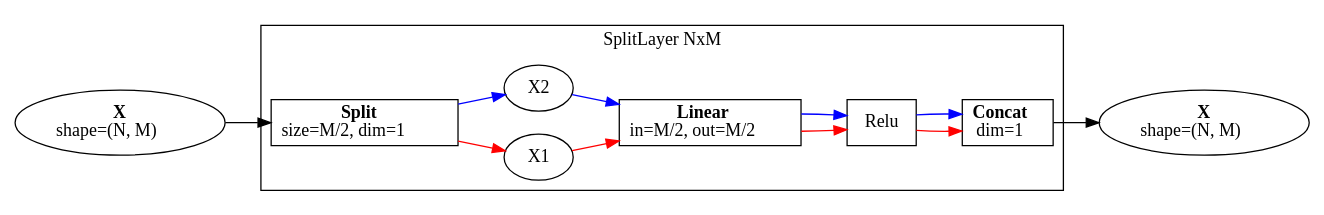
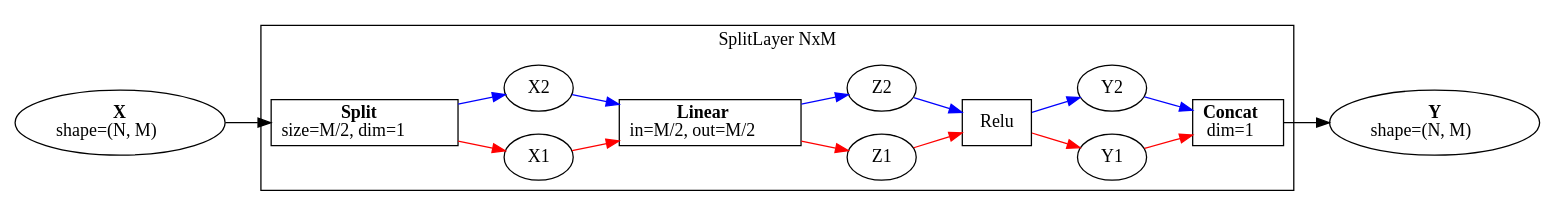
Before and after one commit to tglanz/bsc: the diagram in 2024b-22961/mmn14/SplitLayer.dot, drawn with Graphviz. The commit also changed 2 other files, not shown here.

```diff
--- a/2024b-22961/mmn14/SplitLayer.dot
+++ b/2024b-22961/mmn14/SplitLayer.dot
@@ -1,35 +1,32 @@
 digraph G {
 
     rankdir=LR;
 
     X [label=<<b>X</b><br/>shape=(N, M)>];
-    Y [label=<<b>X</b><br/>shape=(N, M)>];
+    Y [label=<<b>Y</b><br/>shape=(N, M)>];
 
     subgraph cluster_1 {
         label = "SplitLayer NxM"
 
         Split [label=<<b>Split</b><br/> size=M/2, dim=1>, shape=box];
         X1;
         X2;
 
+        Z1;
+        Z2;
+
+        Y1;
+        Y2;
+
         Linear [label=<<b>Linear</b><br/>in=M/2, out=M/2>, shape=box];
         Relu [shape=box];
         Concat [label=<<b>Concat</b><br/>dim=1>, shape=box];
-
-        Linear -> Relu [color=red]
-        Linear -> Relu [color=blue];
     }
     
     X -> Split;
 
-    Split -> X1 [color=red];
-    Split -> X2 [color=blue]; 
-
-    X1 -> Linear  [color=red];
-    X2 -> Linear [color=blue];    
-
-    Relu -> Concat [color=red];
-    Relu -> Concat [color=blue];
+    Split -> X1 -> Linear -> Z1 -> Relu -> Y1 -> Concat [color=red];
+    Split -> X2 -> Linear -> Z2 -> Relu -> Y2 -> Concat [color=blue];
 
     Concat -> Y;
 }
```
